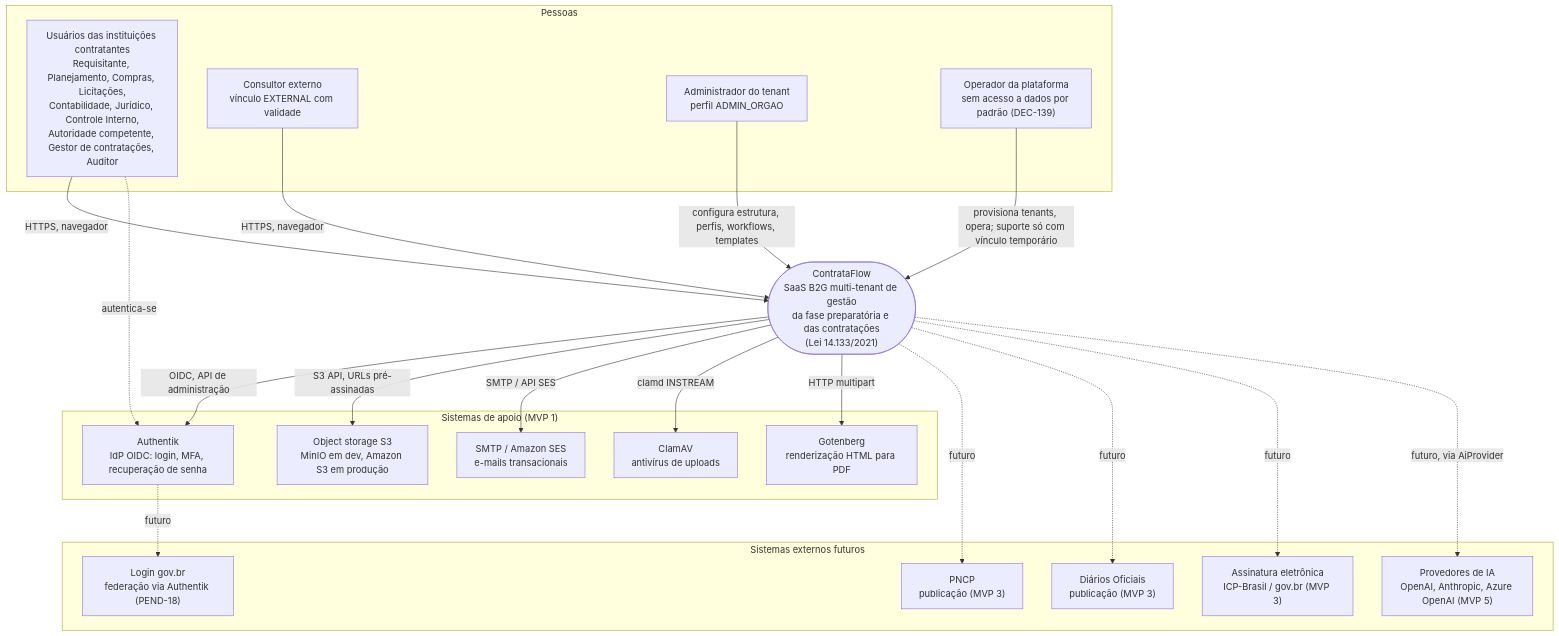
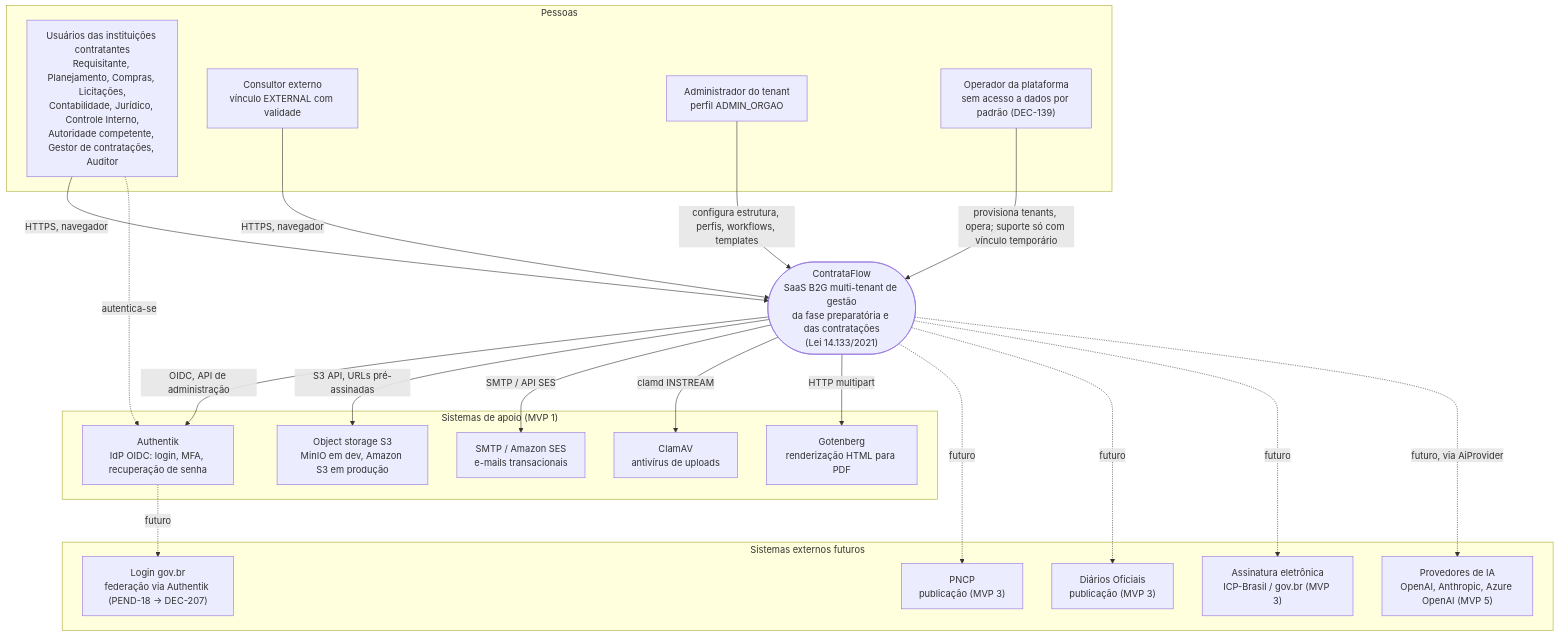
One commit to contrataflow/contrataflow changed the first of 9 diagrams in docs/architecture/architecture.md. Above: the diagram before and after it, drawn with Mermaid. The commit also changed other lines of this file and 36 other files, not shown here.

````diff
--- a/docs/architecture/architecture.md
+++ b/docs/architecture/architecture.md
@@ -53,43 +53,43 @@
 ```mermaid
 flowchart TB
     subgraph Pessoas["Pessoas"]
         U["Usuários das instituições contratantes<br/>Requisitante, Planejamento, Compras, Licitações,<br/>Contabilidade, Jurídico, Controle Interno,<br/>Autoridade competente, Gestor de contratações, Auditor"]
         EXT["Consultor externo<br/>vínculo EXTERNAL com validade"]
         ADM["Administrador do tenant<br/>perfil ADMIN_ORGAO"]
         OPS["Operador da plataforma<br/>sem acesso a dados por padrão (DEC-139)"]
     end
 
     CF(["ContrataFlow<br/>SaaS B2G multi-tenant de gestão<br/>da fase preparatória e das contratações<br/>(Lei 14.133/2021)"])
 
     subgraph Apoio["Sistemas de apoio (MVP 1)"]
         AK["Authentik<br/>IdP OIDC: login, MFA, recuperação de senha"]
         S3["Object storage S3<br/>MinIO em dev, Amazon S3 em produção"]
         MAIL["SMTP / Amazon SES<br/>e-mails transacionais"]
         AV["ClamAV<br/>antivírus de uploads"]
         PDF["Gotenberg<br/>renderização HTML para PDF"]
     end
 
     subgraph Futuros["Sistemas externos futuros"]
         PNCP["PNCP<br/>publicação (MVP 3)"]
         DO["Diários Oficiais<br/>publicação (MVP 3)"]
         SIG["Assinatura eletrônica<br/>ICP-Brasil / gov.br (MVP 3)"]
-        GOVBR["Login gov.br<br/>federação via Authentik (PEND-18)"]
+        GOVBR["Login gov.br<br/>federação via Authentik (PEND-18 → DEC-207)"]
         AI["Provedores de IA<br/>OpenAI, Anthropic, Azure OpenAI (MVP 5)"]
     end
 
     U -->|"HTTPS, navegador"| CF
     EXT -->|"HTTPS, navegador"| CF
     ADM -->|"configura estrutura, perfis, workflows, templates"| CF
     OPS -->|"provisiona tenants, opera; suporte só com vínculo temporário"| CF
     CF -->|"OIDC, API de administração"| AK
     U -.->|"autentica-se"| AK
     CF -->|"S3 API, URLs pré-assinadas"| S3
     CF -->|"SMTP / API SES"| MAIL
     CF -->|"clamd INSTREAM"| AV
     CF -->|"HTTP multipart"| PDF
     CF -.->|"futuro"| PNCP
     CF -.->|"futuro"| DO
     CF -.->|"futuro"| SIG
     AK -.->|"futuro"| GOVBR
     CF -.->|"futuro, via AiProvider"| AI
 ```
````
